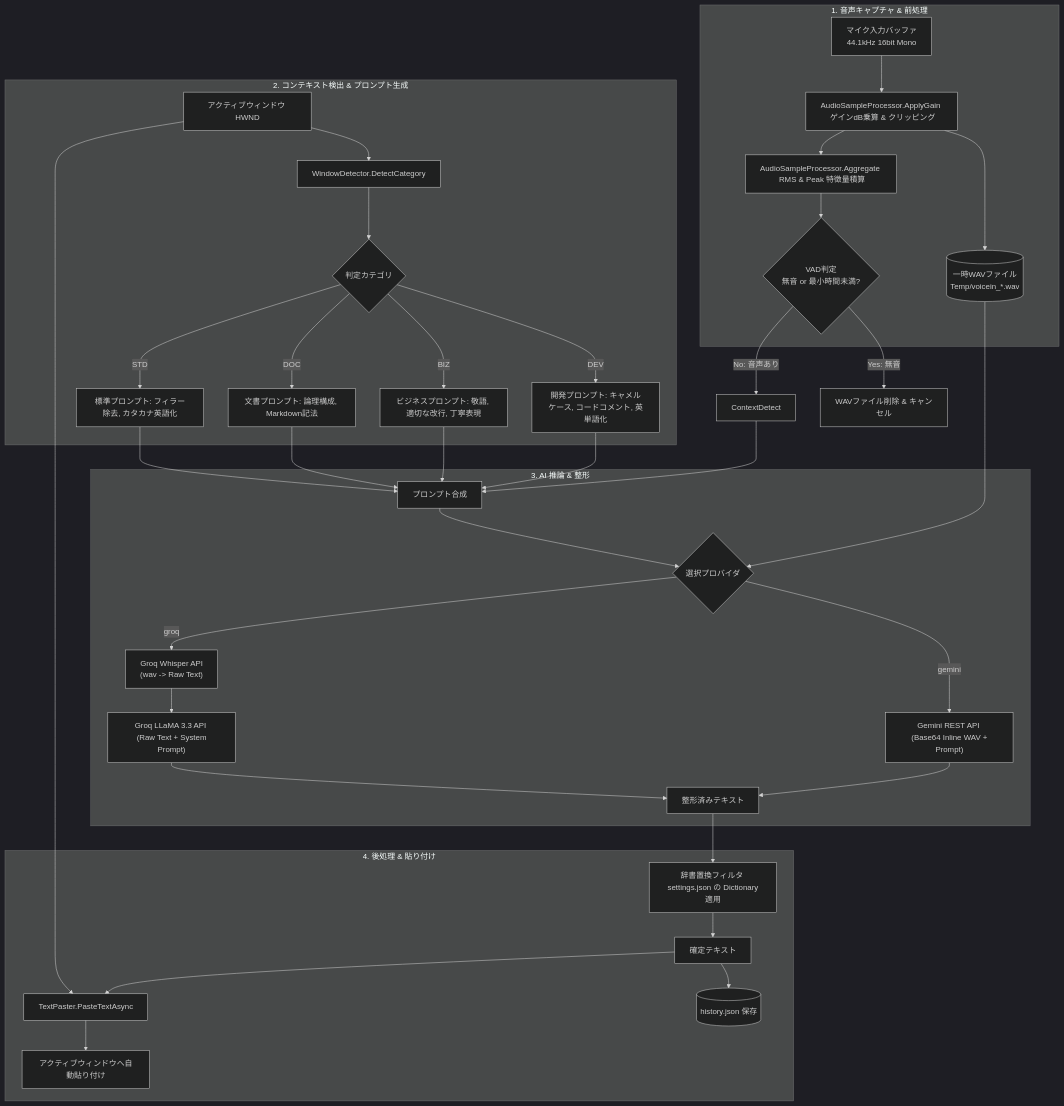
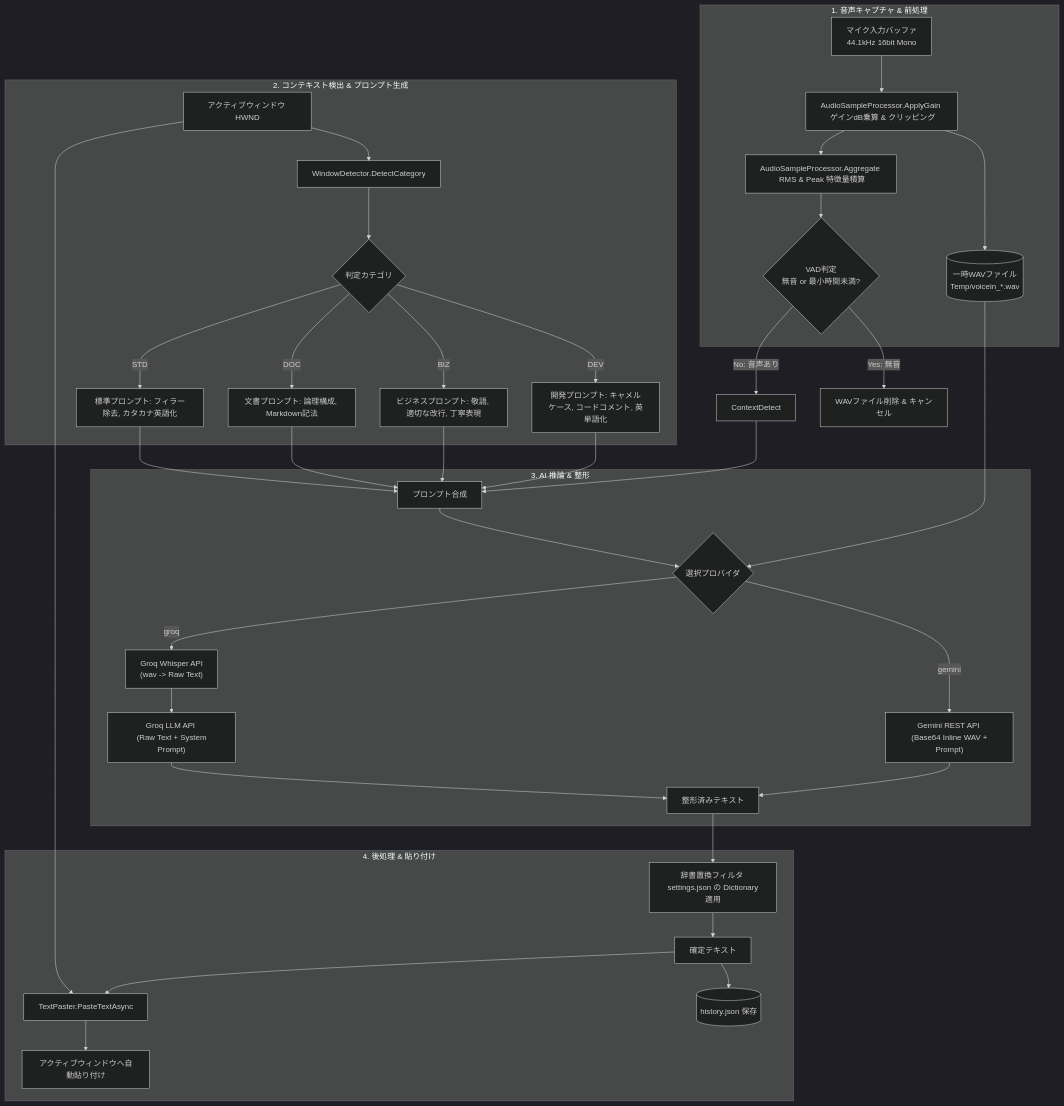
One commit to watawatan1984/voice-inn-cs changed the third of 3 diagrams in Doc/data-flow.md. Above: the diagram before and after it, drawn with Mermaid (dark theme). The commit also changed 5 other files, not shown here.

````diff
--- a/Doc/data-flow.md
+++ b/Doc/data-flow.md
@@ -104,48 +104,48 @@
 ```mermaid
 flowchart TD
     subgraph Capture ["1. 音声キャプチャ & 前処理"]
         RawAudio[マイク入力バッファ <br/> 44.1kHz 16bit Mono] --> ApplyGain[AudioSampleProcessor.ApplyGain <br/> ゲインdB乗算 & クリッピング]
         ApplyGain --> TempWav[(一時WAVファイル <br/> Temp/voicein_*.wav)]
         ApplyGain --> Aggregate[AudioSampleProcessor.Aggregate <br/> RMS & Peak 特徴量積算]
         Aggregate --> VADCheck{VAD判定 <br/> 無音 or 最小時間未満?}
     end
 
     VADCheck -->|Yes: 無音| Discard[WAVファイル削除 & キャンセル]
     VADCheck -->|No: 音声あり| ContextDetect
 
     subgraph Context ["2. コンテキスト検出 & プロンプト生成"]
         ActiveHwnd[アクティブウィンドウ HWND] --> WindowDetector[WindowDetector.DetectCategory]
         WindowDetector --> Category{判定カテゴリ}
         Category -->|DEV| DevPrompt[開発プロンプト: キャメルケース, コードコメント, 英単語化]
         Category -->|BIZ| BizPrompt[ビジネスプロンプト: 敬語, 適切な改行, 丁寧表現]
         Category -->|DOC| DocPrompt[文書プロンプト: 論理構成, Markdown記法]
         Category -->|STD| StdPrompt[標準プロンプト: フィラー除去, カタカナ英語化]
     end
 
     ContextDetect --> PromptCompose[プロンプト合成]
     DevPrompt --> PromptCompose
     BizPrompt --> PromptCompose
     DocPrompt --> PromptCompose
     StdPrompt --> PromptCompose
 
     subgraph AIInference ["3. AI 推論 & 整形"]
         PromptCompose --> ProviderSelect{選択プロバイダ}
         TempWav --> ProviderSelect
 
         ProviderSelect -->|gemini| GeminiCall["Gemini REST API <br/> (Base64 Inline WAV + Prompt)"]
         ProviderSelect -->|groq| GroqWhisper["Groq Whisper API <br/> (wav -> Raw Text)"]
-        GroqWhisper --> GroqRefine["Groq LLaMA 3.3 API <br/> (Raw Text + System Prompt)"]
+        GroqWhisper --> GroqRefine["Groq LLM API <br/> (Raw Text + System Prompt)"]
 
         GeminiCall --> RawResult[整形済みテキスト]
         GroqRefine --> RawResult
     end
 
     subgraph PostProcess ["4. 後処理 & 貼り付け"]
         RawResult --> DictFilter[辞書置換フィルタ <br/> settings.json の Dictionary 適用]
         DictFilter --> FinalText[確定テキスト]
         FinalText --> SaveHistory[(history.json 保存)]
         FinalText --> PasteAction[TextPaster.PasteTextAsync]
         ActiveHwnd --> PasteAction
         PasteAction --> TargetInput[アクティブウィンドウへ自動貼り付け]
     end
 ```
````
